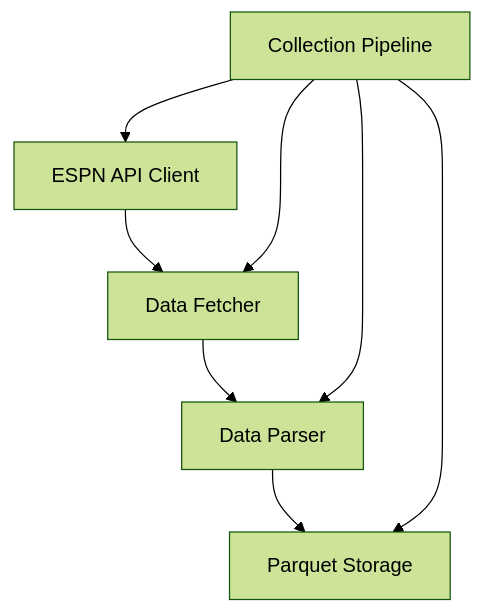
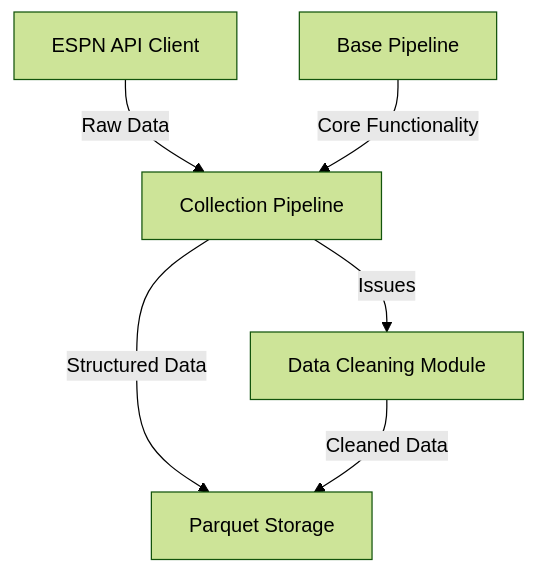
Before and after one commit to tim-mcdonnell/ncaa-prediction-model: the first of 2 diagrams in docs/examples/ai_milestone_example.md, drawn with Mermaid (forest theme). The commit also changed other lines of this file and 24 other files, not shown here.

````diff
--- a/docs/examples/ai_milestone_example.md
+++ b/docs/examples/ai_milestone_example.md
@@ -18,10 +41,8 @@
 ```mermaid
 graph TD
-    A[ESPN API Client] --> B[Data Fetcher]
-    B --> C[Data Parser]
-    C --> D[Parquet Storage]
-    E[Collection Pipeline] --> A
-    E --> B
-    E --> C
-    E --> D
+    A[ESPN API Client] -->|Raw Data| B[Collection Pipeline]
+    B -->|Structured Data| C[Parquet Storage]
+    D[Base Pipeline] -->|Core Functionality| B
+    B -->|Issues| E[Data Cleaning Module]
+    E -->|Cleaned Data| C
 ```
````
